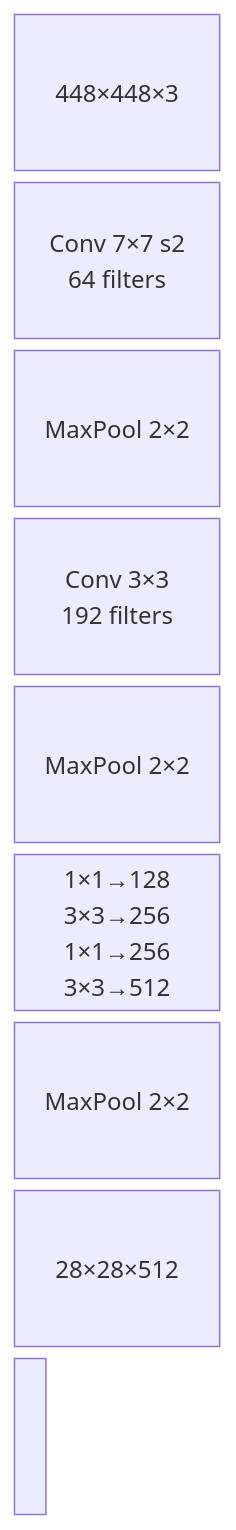
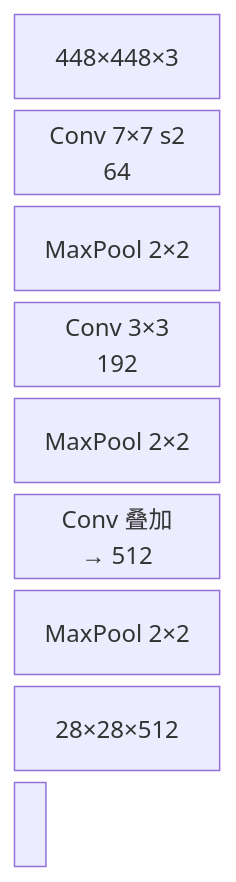
One commit to yejinlei/agent-yolo changed the first of 4 diagrams in docs/versions/v1/architecture.md. Above: the diagram before and after it, drawn with Mermaid. The commit also changed other lines of this file and 3 other files, not shown here.

First line of the commit message:
全站 mermaid 文字截断修复：fontSize 14→12px + padding 12→14 + v1 长节点拆短

````diff
--- a/docs/versions/v1/architecture.md
+++ b/docs/versions/v1/architecture.md
@@ -80,14 +80,14 @@
 ```mermaid
 block-beta
     columns 5
     img["448×448×3"]:5
-    conv1["Conv 7×7 s2<br/>64 filters"]:5
+    conv1["Conv 7×7 s2<br/>64"]:5
     pool1["MaxPool 2×2"]:5
-    conv2["Conv 3×3<br/>192 filters"]:5
+    conv2["Conv 3×3<br/>192"]:5
     pool2["MaxPool 2×2"]:5
-    conv3["1×1→128<br/>3×3→256<br/>1×1→256<br/>3×3→512"]:5
+    conv3["Conv 叠加<br/>→ 512"]:5
     pool3["MaxPool 2×2"]:5
     out["28×28×512"]:5
 
     img --> conv1 --> pool1 --> conv2 --> pool2 --> conv3 --> pool3 --> out
 ```
````
